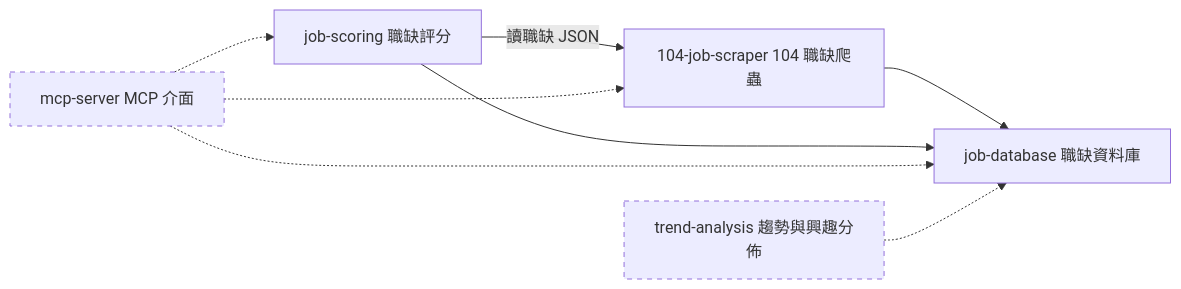
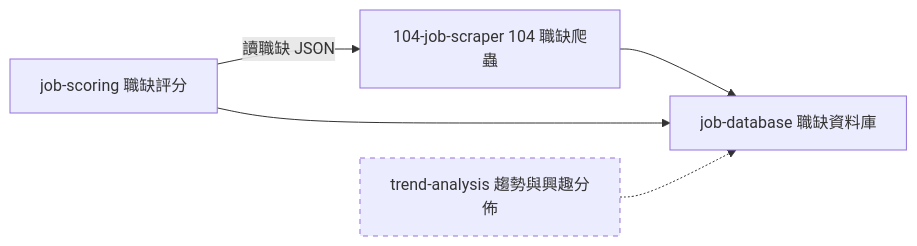
One commit to dlhdb/job-matching changed the second of 2 diagrams in docs/product/overview.md. Above: the diagram before and after it, drawn with Mermaid. The commit also changed other lines of this file and 11 other files, not shown here.

First line of the commit message:
docs: 移除 mcp-server 功能文件與所有引用

````diff
--- a/docs/product/overview.md
+++ b/docs/product/overview.md
@@ -116,13 +109,10 @@
 ```mermaid
 flowchart LR
     scraper["104-job-scraper 104 職缺爬蟲"] --> db["job-database 職缺資料庫"]
     scoring["job-scoring 職缺評分"] --> db
     scoring -->|"讀職缺 JSON"| scraper
-    mcp["mcp-server MCP 介面"] -.-> scraper
-    mcp -.-> scoring
-    mcp -.-> db
     trend["trend-analysis 趨勢與興趣分佈"] -.-> db
 
     classDef planned stroke-dasharray: 5 5
-    class mcp,trend planned
+    class trend planned
 ```
````
